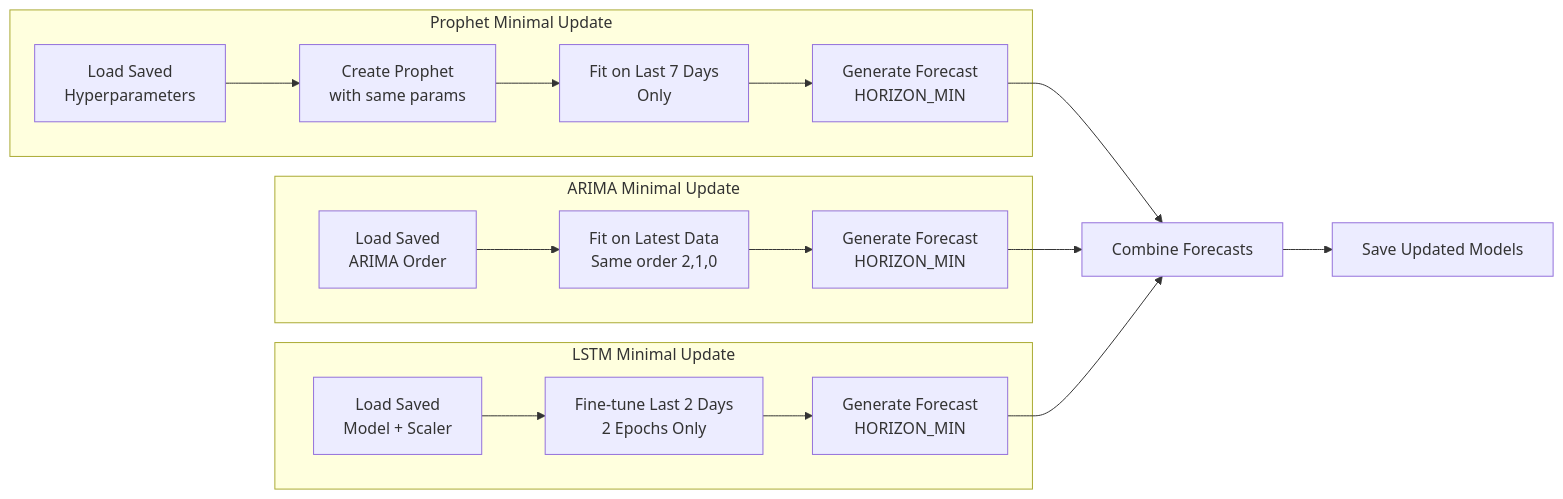
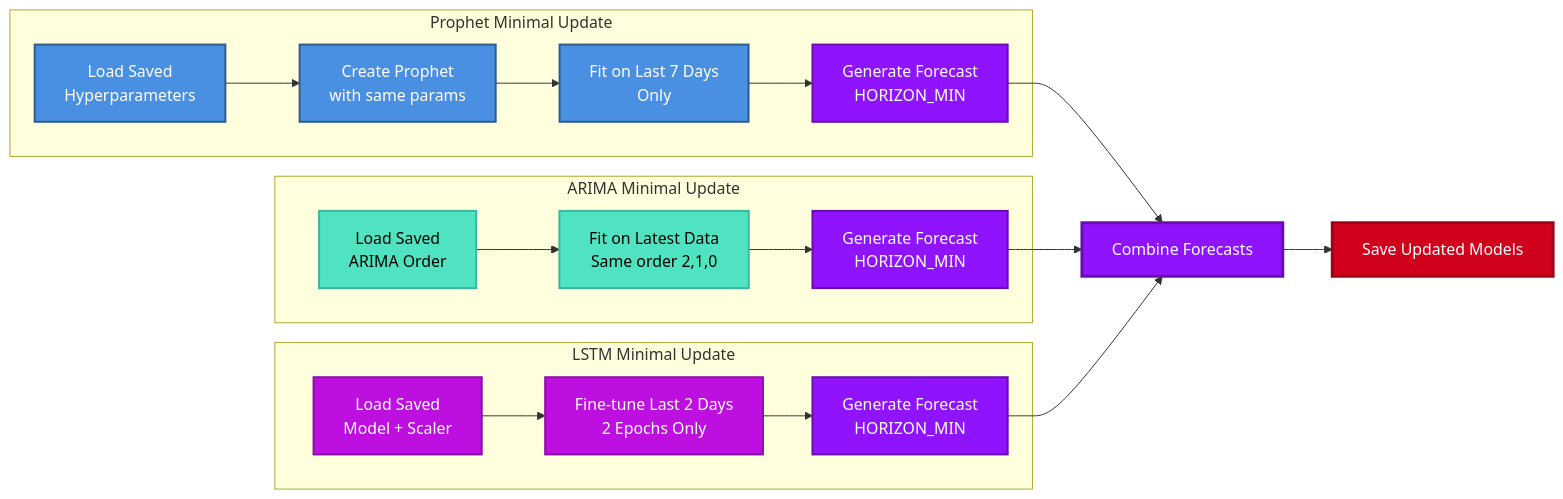
The seventh of 11 diagrams in Docs/VISUAL_ARCHITECTURE_GUIDE.md (k8sautom8/metrics-ml), drawn with Mermaid before and after one commit. The commit also changed other lines of this file, not shown here.

````diff
--- a/Docs/VISUAL_ARCHITECTURE_GUIDE.md
+++ b/Docs/VISUAL_ARCHITECTURE_GUIDE.md
@@ -362,24 +501,42 @@
 ```mermaid
 flowchart LR
     subgraph "Prophet Minimal Update"
         P1[Load Saved<br/>Hyperparameters] --> P2[Create Prophet<br/>with same params]
         P2 --> P3[Fit on Last 7 Days<br/>Only]
         P3 --> P4[Generate Forecast<br/>HORIZON_MIN]
     end
     
     subgraph "ARIMA Minimal Update"
         A1[Load Saved<br/>ARIMA Order] --> A2[Fit on Latest Data<br/>Same order 2,1,0]
         A2 --> A3[Generate Forecast<br/>HORIZON_MIN]
     end
     
     subgraph "LSTM Minimal Update"
         L1[Load Saved<br/>Model + Scaler] --> L2[Fine-tune Last 2 Days<br/>2 Epochs Only]
         L2 --> L3[Generate Forecast<br/>HORIZON_MIN]
     end
     
     P4 --> Ensemble[Combine Forecasts]
     A3 --> Ensemble
     L3 --> Ensemble
     
     Ensemble --> Save[Save Updated Models]
+    
+    classDef load fill:#50E3C2,stroke:#3AB89F,stroke-width:2px,color:#000
+    classDef process fill:#F5A623,stroke:#D68910,stroke-width:2px,color:#000
+    classDef prophet fill:#4A90E2,stroke:#2E5C8A,stroke-width:2px,color:#fff
+    classDef arima fill:#50E3C2,stroke:#3AB89F,stroke-width:2px,color:#000
+    classDef lstm fill:#BD10E0,stroke:#8B0DA8,stroke-width:2px,color:#fff
+    classDef forecast fill:#9013FE,stroke:#6A0DAD,stroke-width:2px,color:#fff
+    classDef ensemble fill:#9013FE,stroke:#6A0DAD,stroke-width:3px,color:#fff
+    classDef save fill:#D0021B,stroke:#A00115,stroke-width:3px,color:#fff
+    
+    class P1,A1,L1 load
+    class P2,P3,A2,L2 process
+    class P1,P2,P3,P4 prophet
+    class A1,A2,A3 arima
+    class L1,L2,L3 lstm
+    class P4,A3,L3 forecast
+    class Ensemble ensemble
+    class Save save
 ```
````
